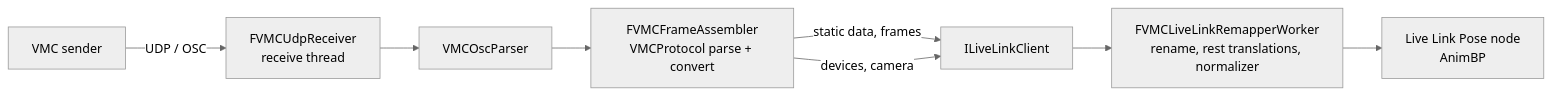
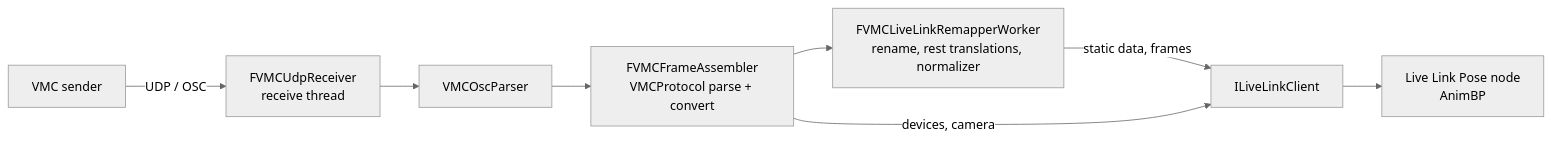
The second of 4 diagrams in docs/ARCHITECTURE.md (lifelike-and-believable/VMCLiveLink), drawn with Mermaid (neutral theme) before and after one commit. The commit also changed other lines of this file and 10 other files, not shown here.

````diff
--- a/docs/ARCHITECTURE.md
+++ b/docs/ARCHITECTURE.md
@@ -34,10 +34,10 @@
 ```mermaid
 graph LR
   S[VMC sender] -- UDP / OSC --> R[FVMCUdpReceiver<br/>receive thread]
   R --> P[VMCOscParser]
   P --> A[FVMCFrameAssembler<br/>VMCProtocol parse + convert]
-  A -- static data, frames --> C[ILiveLinkClient]
-  C --> W[FVMCLiveLinkRemapperWorker<br/>rename, rest translations, normalizer]
-  W --> N[Live Link Pose node<br/>AnimBP]
+  A --> W[FVMCLiveLinkRemapperWorker<br/>rename, rest translations, normalizer]
+  W -- static data, frames --> C[ILiveLinkClient]
+  C --> N[Live Link Pose node<br/>AnimBP]
   A -- devices, camera --> C
 ```
````
